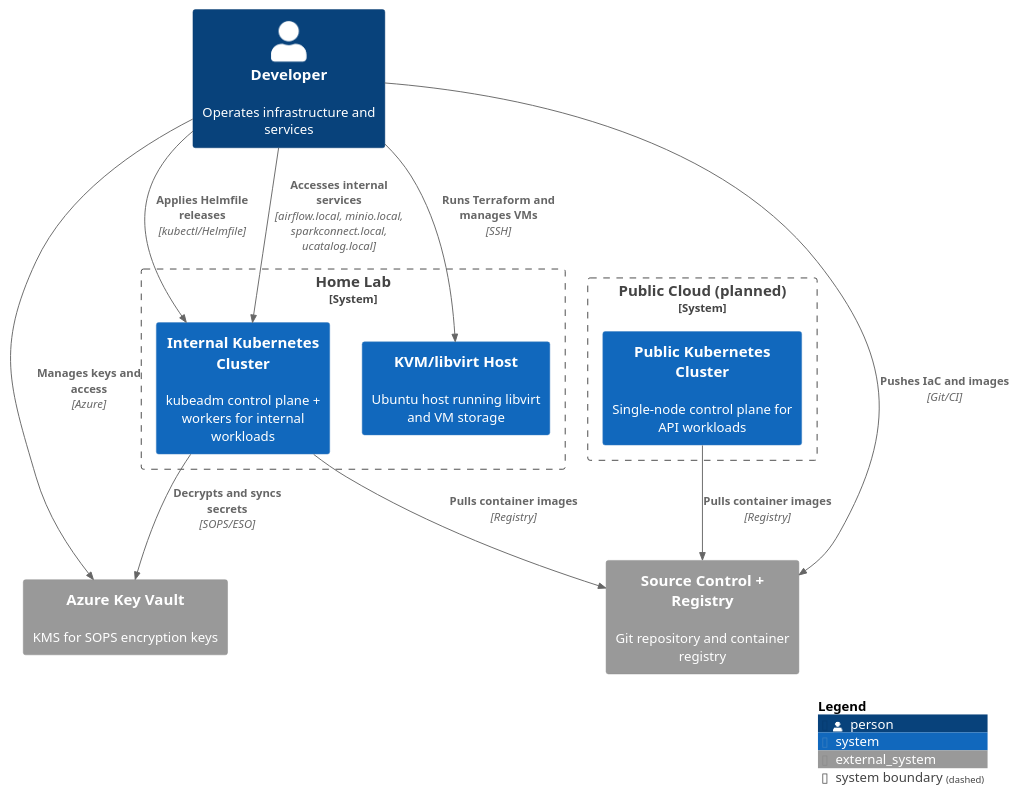
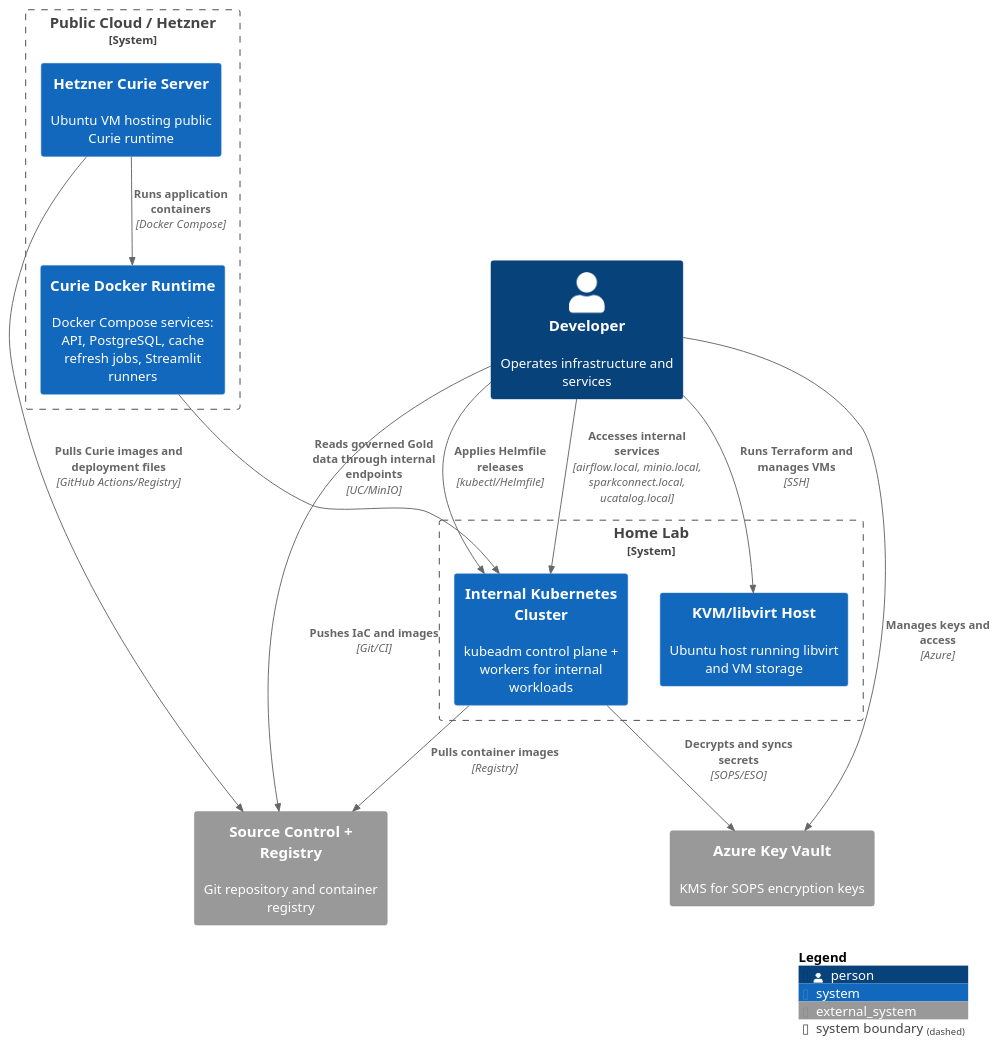
The diagram in docs/diagrams/context.puml (AntonMiniazev/bohr_project), drawn with PlantUML before and after one commit. The commit also changed 114 other files, not shown here.

```diff
--- a/docs/diagrams/context.puml
+++ b/docs/diagrams/context.puml
@@ -1,30 +1,33 @@
 @startuml Context
 !includeurl https://raw.githubusercontent.com/plantuml-stdlib/C4-PlantUML/master/C4_Context.puml
 LAYOUT_WITH_LEGEND()
 HIDE_STEREOTYPE()
 
 Person(dev, "Developer", "Operates infrastructure and services")
 
 System_Ext(git, "Source Control + Registry", "Git repository and container registry")
 System_Ext(keyvault, "Azure Key Vault", "KMS for SOPS encryption keys")
 
 System_Boundary(home, "Home Lab") {
     System(kvm, "KVM/libvirt Host", "Ubuntu host running libvirt and VM storage")
     System(homek8s, "Internal Kubernetes Cluster", "kubeadm control plane + workers for internal workloads")
 }
 
-System_Boundary(cloud, "Public Cloud (planned)") {
-    System(apik8s, "Public Kubernetes Cluster", "Single-node control plane for API workloads")
+System_Boundary(cloud, "Public Cloud / Hetzner") {
+    System(hetzner, "Hetzner Curie Server", "Ubuntu VM hosting public Curie runtime")
+    System(curieDocker, "Curie Docker Runtime", "Docker Compose services: API, PostgreSQL, cache refresh jobs, Streamlit runners")
 }
 
 Rel(dev, git, "Pushes IaC and images", "Git/CI")
 Rel(dev, kvm, "Runs Terraform and manages VMs", "SSH")
 Rel(dev, homek8s, "Applies Helmfile releases", "kubectl/Helmfile")
 Rel(dev, homek8s, "Accesses internal services", "airflow.local, minio.local, sparkconnect.local, ucatalog.local")
 Rel(dev, keyvault, "Manages keys and access", "Azure")
 Rel(homek8s, keyvault, "Decrypts and syncs secrets", "SOPS/ESO")
 Rel(homek8s, git, "Pulls container images", "Registry")
-Rel(apik8s, git, "Pulls container images", "Registry")
+Rel(hetzner, git, "Pulls Curie images and deployment files", "GitHub Actions/Registry")
+Rel(hetzner, curieDocker, "Runs application containers", "Docker Compose")
+Rel(curieDocker, homek8s, "Reads governed Gold data through internal endpoints", "UC/MinIO")
 
 SHOW_LEGEND()
 @enduml
```
